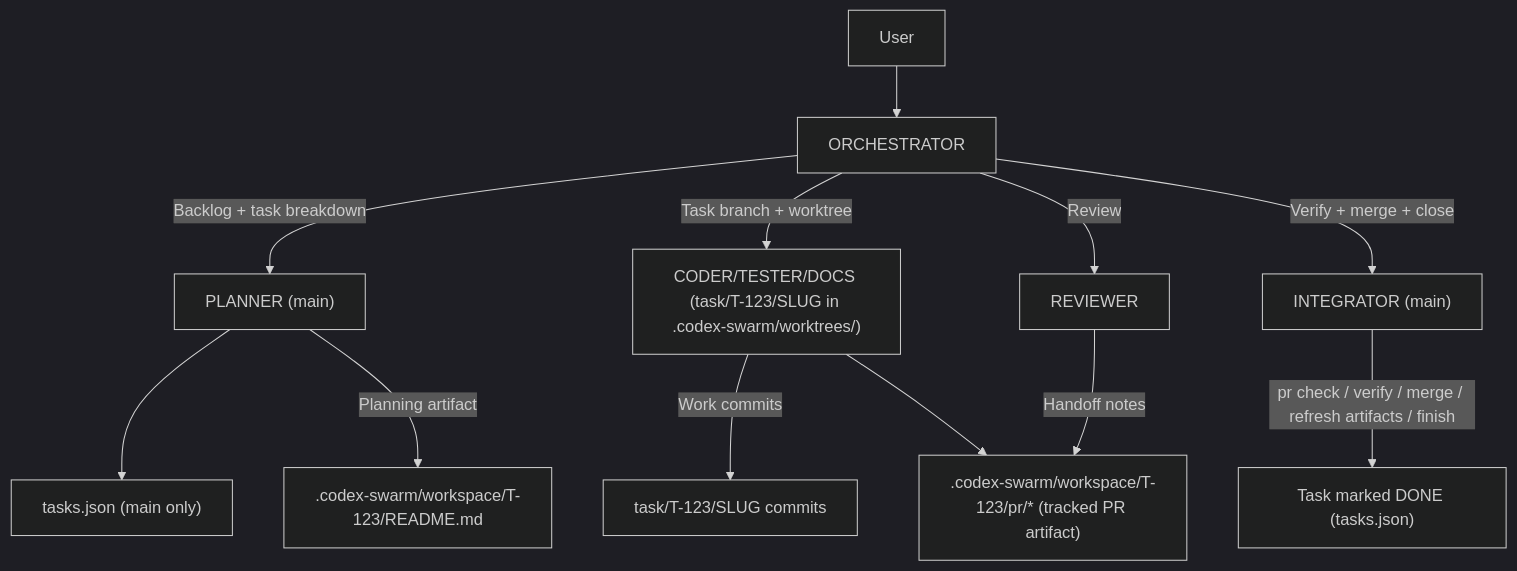
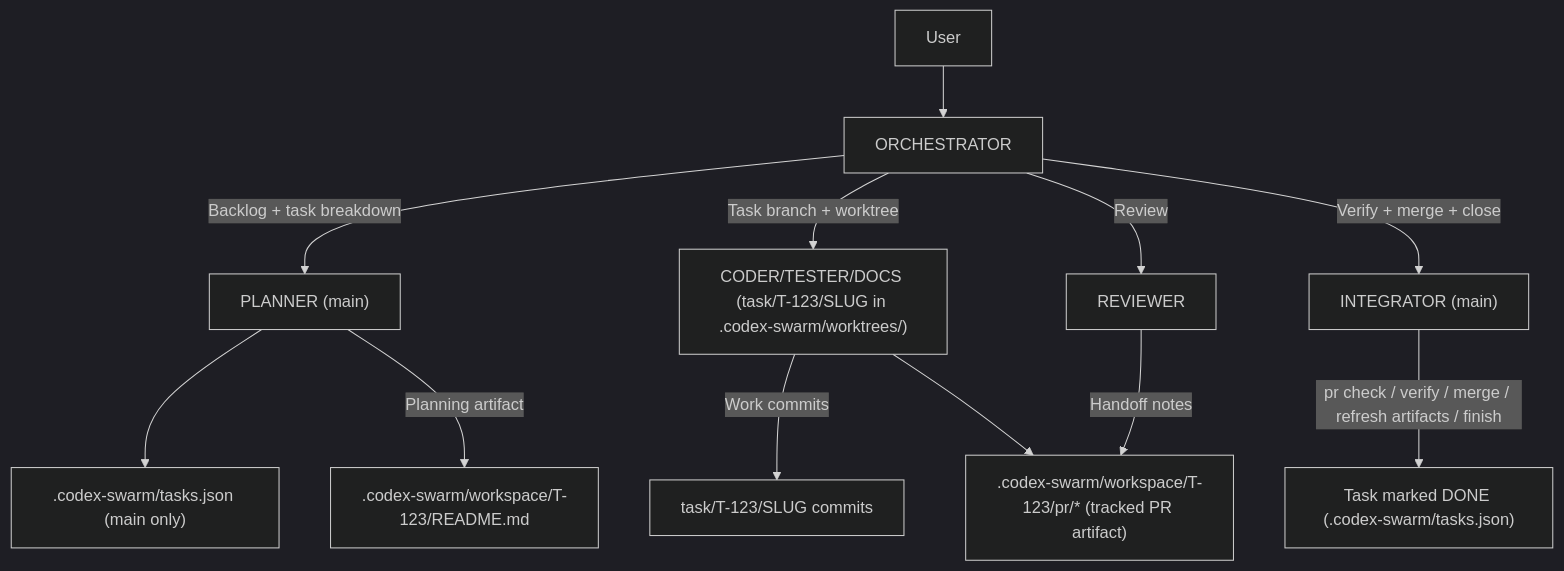
The first of 2 diagrams in README.md (basilisk-labs/codex-swarm), drawn with Mermaid (dark theme) before and after one commit. The commit also changed other lines of this file and 16 other files, not shown here.

````diff
--- a/README.md
+++ b/README.md
@@ -159,14 +159,14 @@
 ```mermaid
 flowchart TD
   U["User"] --> O["ORCHESTRATOR"]
   O -->|Backlog + task breakdown| P["PLANNER (main)"]
-  P --> TJ["tasks.json (main only)"]
+  P --> TJ[".codex-swarm/tasks.json (main only)"]
   P -->|Planning artifact| WF[".codex-swarm/workspace/T-123/README.md"]
   O -->|Task branch + worktree| E["CODER/TESTER/DOCS (task/T-123/SLUG in .codex-swarm/worktrees/)"]
   E -->|Work commits| B["task/T-123/SLUG commits"]
   E --> PR[".codex-swarm/workspace/T-123/pr/* (tracked PR artifact)"]
   O -->|Review| R["REVIEWER"]
   R -->|Handoff notes| PR
   O -->|Verify + merge + close| I["INTEGRATOR (main)"]
-  I -->|pr check / verify / merge / refresh artifacts / finish| DONE["Task marked DONE (tasks.json)"]
+  I -->|pr check / verify / merge / refresh artifacts / finish| DONE["Task marked DONE (.codex-swarm/tasks.json)"]
 ```
````
